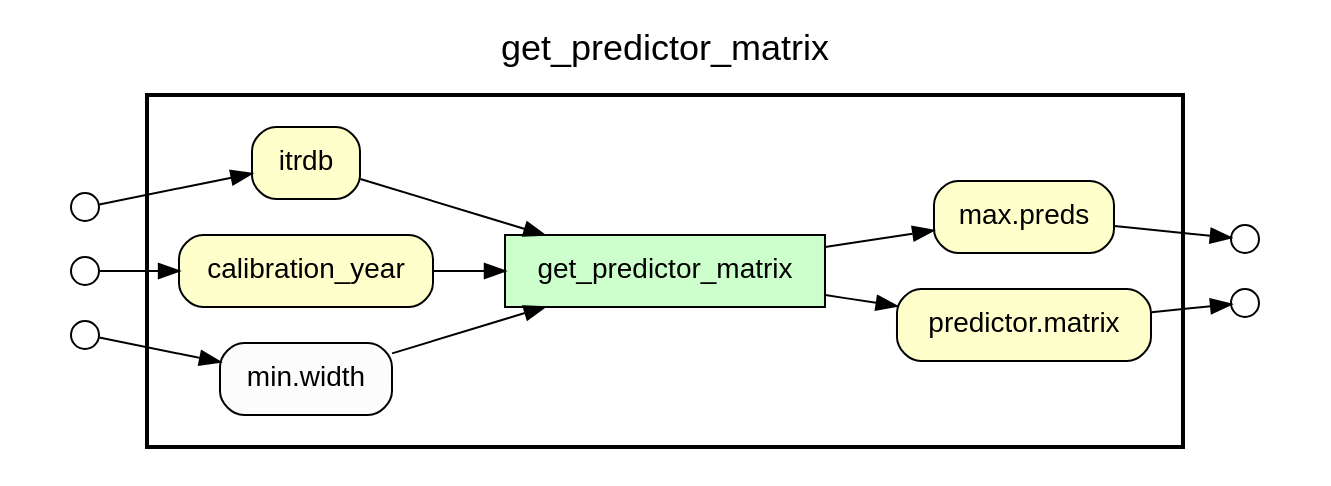
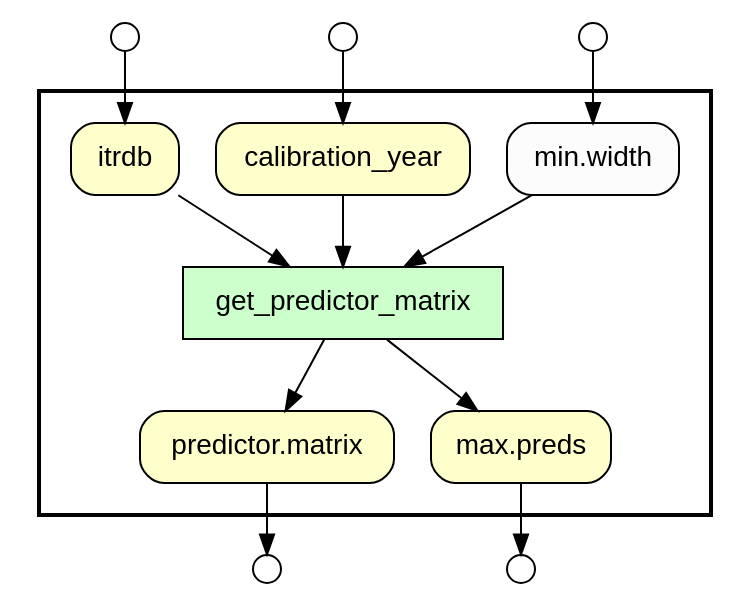
One commit to idaks/wt-prov-Summer-2017 changed the diagram in .prov_scripts/gv_files/get_predictor_matrix.gv. Above: the diagram before and after it, drawn with Graphviz. The commit also changed 249 other files, not shown here.

Commit message:
Updated Provenance Graphs

```diff
--- a/.prov_scripts/gv_files/get_predictor_matrix.gv
+++ b/.prov_scripts/gv_files/get_predictor_matrix.gv
@@ -1,40 +1,34 @@
 digraph Workflow {
-rankdir=LR
+rankdir=TB
 fontname=Helvetica; fontsize=18; labelloc=t
-label=get_predictor_matrix
+label=""
 subgraph cluster_workflow_box_outer { label=""; color=black; penwidth=2
 subgraph cluster_workflow_box_inner { label=""; penwidth=0
 node[shape=box style=filled fillcolor="#CCFFCC" peripheries=1 fontname=Helvetica]
 get_predictor_matrix
 node[shape=box style="rounded,filled" fillcolor="#FFFFCC" peripheries=1 fontname=Helvetica]
 "predictor.matrix"
 "max.preds"
 itrdb
 calibration_year
 node[shape=box style="rounded,filled" fillcolor="#FCFCFC" peripheries=1 fontname=Helvetica]
 "min.width"
 get_predictor_matrix -> "predictor.matrix"
 get_predictor_matrix -> "max.preds"
 itrdb -> get_predictor_matrix
 calibration_year -> get_predictor_matrix
 "min.width" -> get_predictor_matrix
 }}
-subgraph cluster_input_ports_group_outer { label=""; penwidth=0
-subgraph cluster_input_ports_group_inner { label=""; penwidth=0
 node[shape=circle style="rounded,filled" fillcolor="#FFFFFF" peripheries=1 fontname=Helvetica width=0.2]
 itrdb_input_port [label=""]
 calibration_year_input_port [label=""]
 "min.width_input_port" [label=""]
-}}
-subgraph cluster_output_ports_group_outer { label=""; penwidth=0
-subgraph cluster_output_ports_group_inner { label=""; penwidth=0
 node[shape=circle style="rounded,filled" fillcolor="#FFFFFF" peripheries=1 fontname=Helvetica width=0.2]
 "predictor.matrix_output_port" [label=""]
 "max.preds_output_port" [label=""]
-}}
 itrdb_input_port -> itrdb
 calibration_year_input_port -> calibration_year
 "min.width_input_port" -> "min.width"
 "predictor.matrix" -> "predictor.matrix_output_port"
 "max.preds" -> "max.preds_output_port"
 }
```
